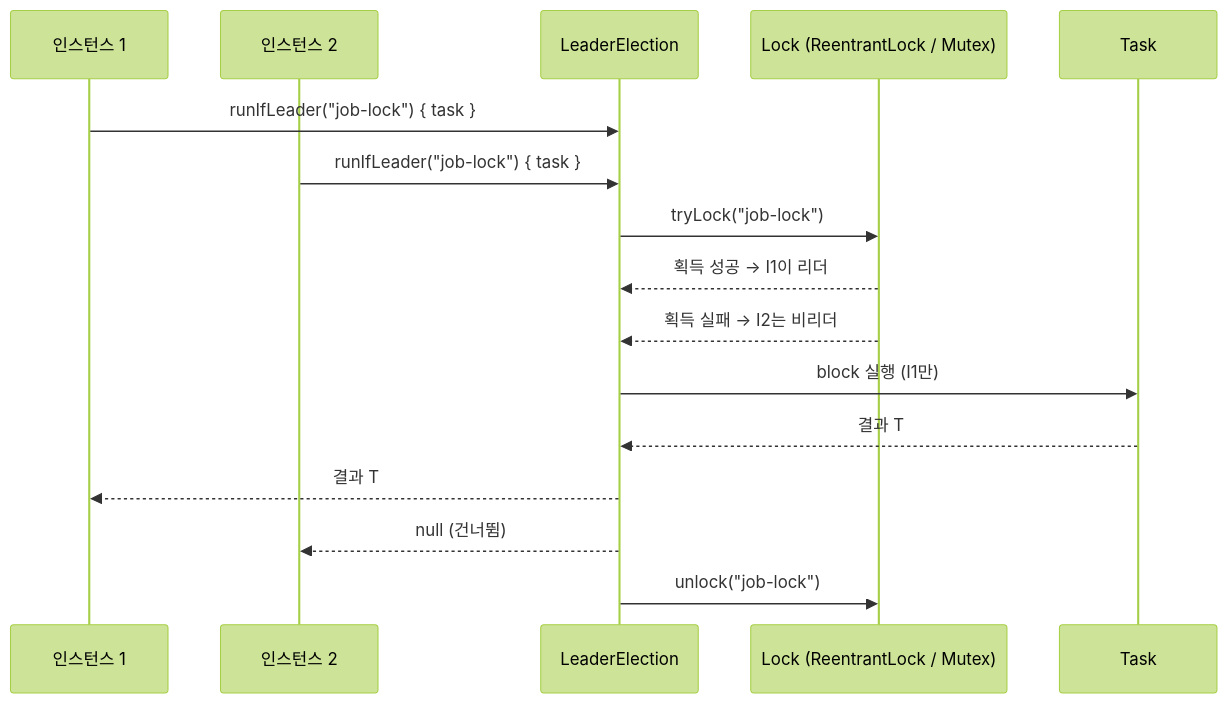
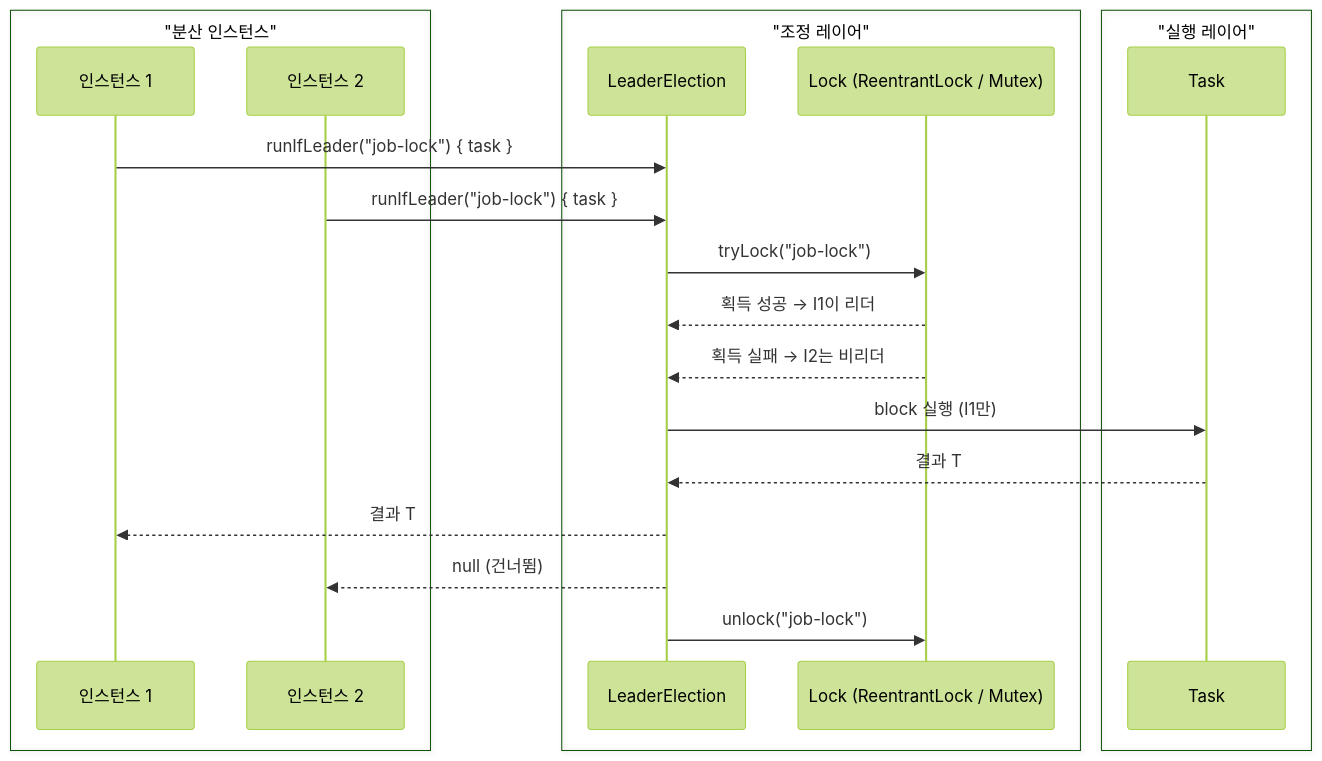
The fifth of 5 diagrams in utils/leader/README.ko.md (bluetape4k/bluetape4k-projects), drawn with Mermaid (forest theme) before and after one commit. The commit also changed other lines of this file and 221 other files, not shown here.

First line of the commit message:
docs: 전체 모듈 README UML 다이어그램 보강 및 색상 업그레이드

````diff
--- a/utils/leader/README.ko.md
+++ b/utils/leader/README.ko.md
@@ -171,18 +213,24 @@
 ```mermaid
 sequenceDiagram
+    box "분산 인스턴스" #E8F5E9
     participant I1 as 인스턴스 1
     participant I2 as 인스턴스 2
+    end
+    box "조정 레이어" #E3F2FD
     participant LE as LeaderElection
     participant Lock as Lock (ReentrantLock / Mutex)
+    end
+    box "실행 레이어" #FFF3E0
     participant Task
+    end
     I1 ->> LE: runIfLeader("job-lock") { task }
     I2 ->> LE: runIfLeader("job-lock") { task }
     LE ->> Lock: tryLock("job-lock")
     Lock -->> LE: 획득 성공 → I1이 리더
     Lock -->> LE: 획득 실패 → I2는 비리더
     LE ->> Task: block 실행 (I1만)
     Task -->> LE: 결과 T
     LE -->> I1: 결과 T
     LE -->> I2: null (건너뜀)
     LE ->> Lock: unlock("job-lock")
 ```
````
